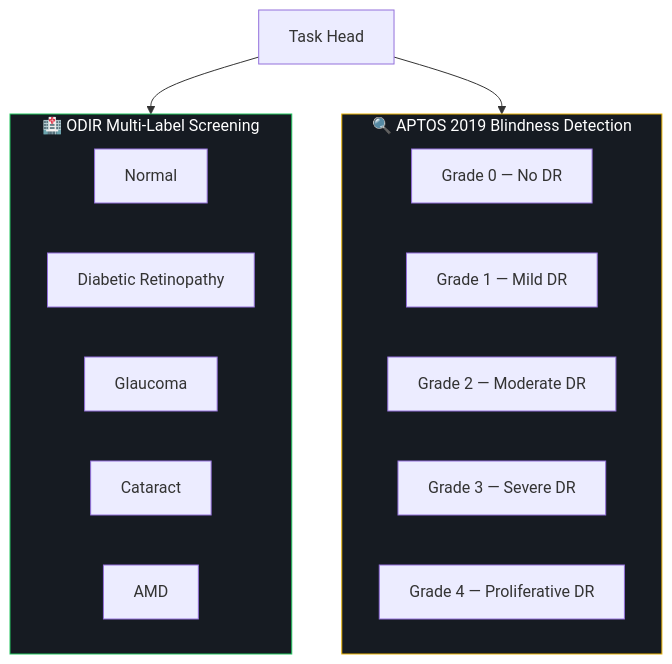
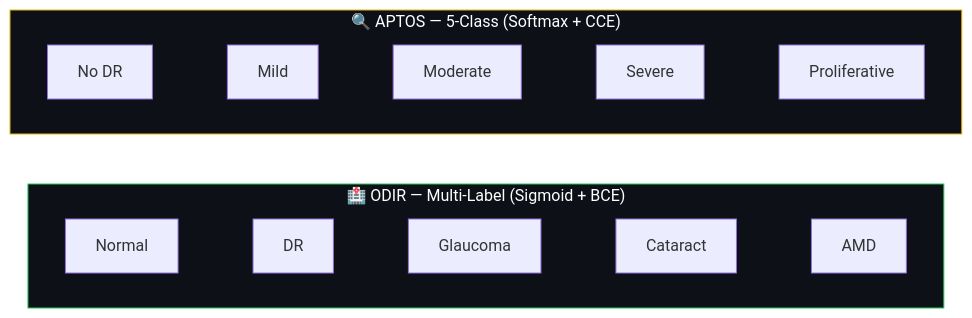
One commit to Jawahar08/RetinaGuard changed the second of 2 diagrams in README.md. Above: the diagram before and after it, drawn with Mermaid. The commit also changed other lines of this file, not shown here.

````diff
--- a/README.md
+++ b/README.md
@@ -335,23 +508,15 @@
 ```mermaid
-graph TB
-    subgraph ODIR ["🏥 ODIR Multi-Label Screening"]
-        O1["Normal"]
-        O2["Diabetic Retinopathy"]
-        O3["Glaucoma"]
-        O4["Cataract"]
-        O5["AMD"]
+graph LR
+    subgraph ODIR ["🏥 ODIR — Multi-Label (Sigmoid + BCE)"]
+        direction LR
+        O1["Normal"] ~~~ O2["DR"] ~~~ O3["Glaucoma"] ~~~ O4["Cataract"] ~~~ O5["AMD"]
     end
 
-    subgraph APTOS ["🔍 APTOS 2019 Blindness Detection"]
-        A0["Grade 0 — No DR"]
-        A1["Grade 1 — Mild DR"]
-        A2["Grade 2 — Moderate DR"]
-        A3["Grade 3 — Severe DR"]
-        A4["Grade 4 — Proliferative DR"]
+    subgraph APTOS ["🔍 APTOS — 5-Class (Softmax + CCE)"]
+        direction LR
+        A0["No DR"] ~~~ A1["Mild"] ~~~ A2["Moderate"] ~~~ A3["Severe"] ~~~ A4["Proliferative"]
     end
 
-    HEAD["Task Head"] --> ODIR & APTOS
-
-    style ODIR fill:#161b22,stroke:#22c55e,color:#fff
-    style APTOS fill:#161b22,stroke:#eab308,color:#fff
+    style ODIR fill:#0d1117,stroke:#22c55e,color:#fff
+    style APTOS fill:#0d1117,stroke:#eab308,color:#fff
 ```
````
